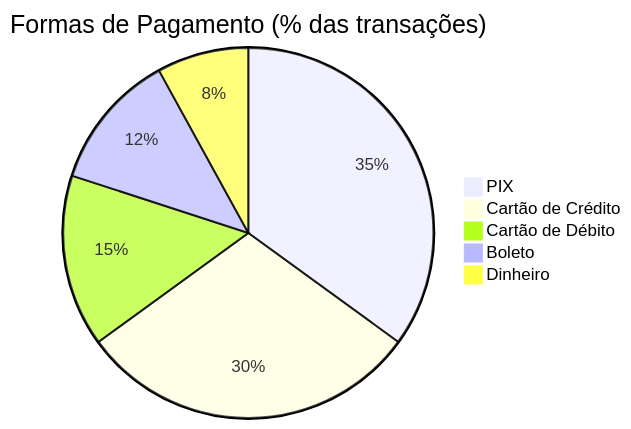
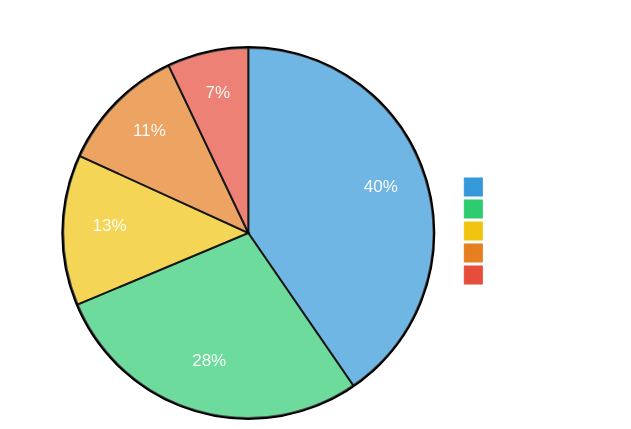
The eighth of 12 diagrams in docs/analises.md (Igor-Scalzer010/Sales-Analytics), drawn with Mermaid before and after one commit. The commit also changed other lines of this file, not shown here.

````diff
--- a/docs/analises.md
+++ b/docs/analises.md
@@ -285,8 +213,9 @@
 ```mermaid
+%%{init: {"theme": "base", "themeVariables": {"pie1": "#3498db", "pie2": "#2ecc71", "pie3": "#f1c40f", "pie4": "#e67e22", "pie5": "#e74c3c", "pieTitleTextColor": "#ffffff", "pieLegendTextColor": "#ffffff", "pieSectionTextColor": "#ffffff"}}}%%
 pie title Formas de Pagamento (% das transações)
-    "PIX" : 35
-    "Cartão de Crédito" : 30
-    "Cartão de Débito" : 15
-    "Boleto" : 12
-    "Dinheiro" : 8
+    "PIX" : 40
+    "Cartão de Crédito" : 28
+    "Cartão de Débito" : 13
+    "Boleto" : 11
+    "Dinheiro" : 7
 ```
````
